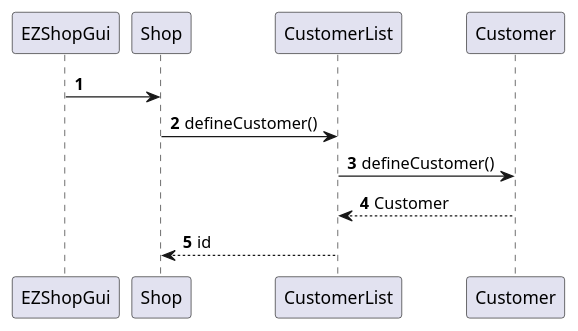
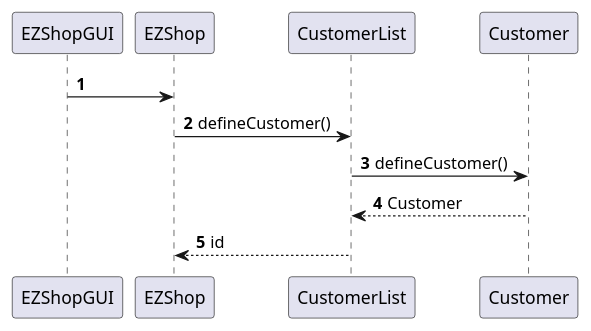
Before and after one commit to mkexc/ezshop: the tenth of 22 diagrams in Deliverables/DesignDocument.md, drawn with PlantUML. The commit also changed other lines of this file, not shown here.

````diff
--- a/Deliverables/DesignDocument.md
+++ b/Deliverables/DesignDocument.md
@@ -457,10 +354,10 @@
 ```plantuml
 @startuml
 autonumber
-EZShopGui -> Shop
-Shop -> CustomerList : defineCustomer()
+EZShopGUI -> EZShop
+EZShop -> CustomerList : defineCustomer()
 CustomerList -> Customer: defineCustomer()
 CustomerList <-- Customer: Customer
-Shop <-- CustomerList : id
+EZShop <-- CustomerList : id
 @enduml
 ```
````
